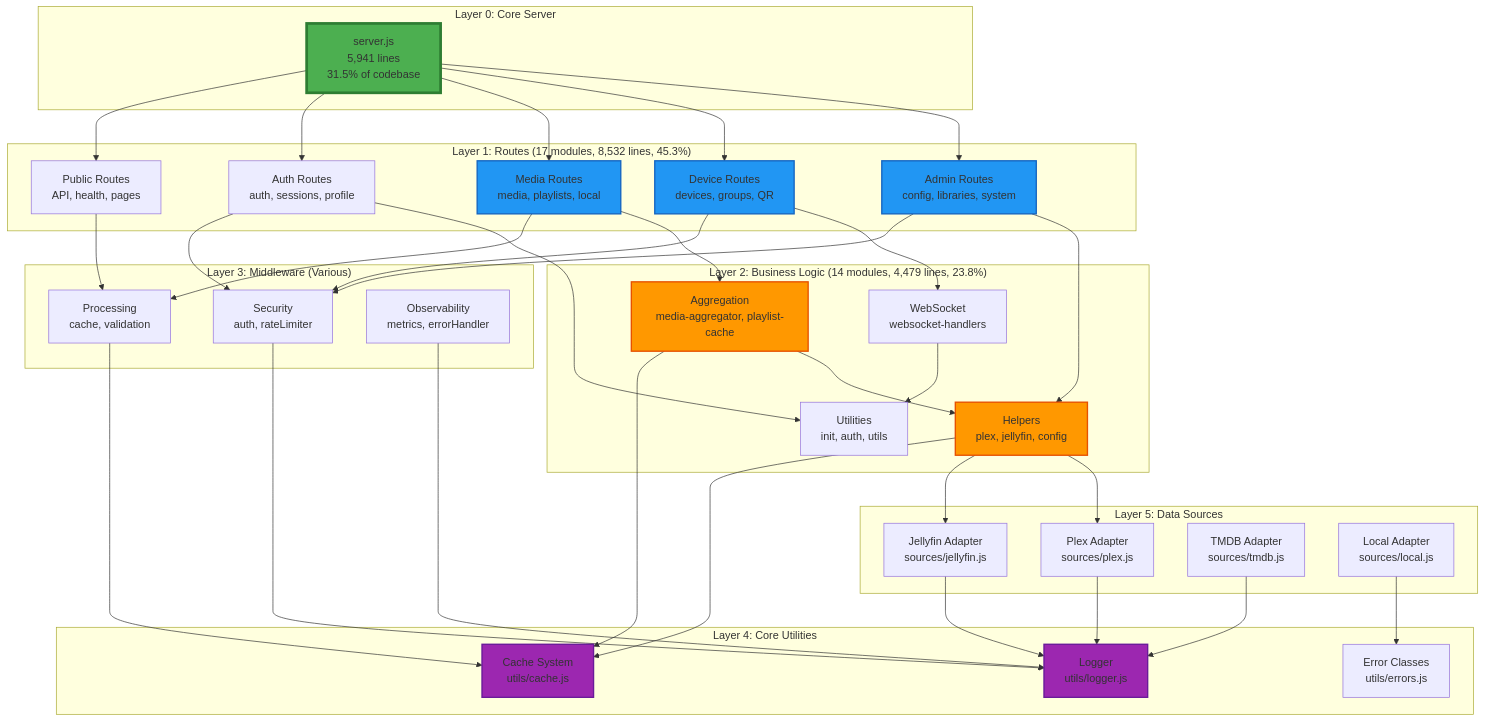
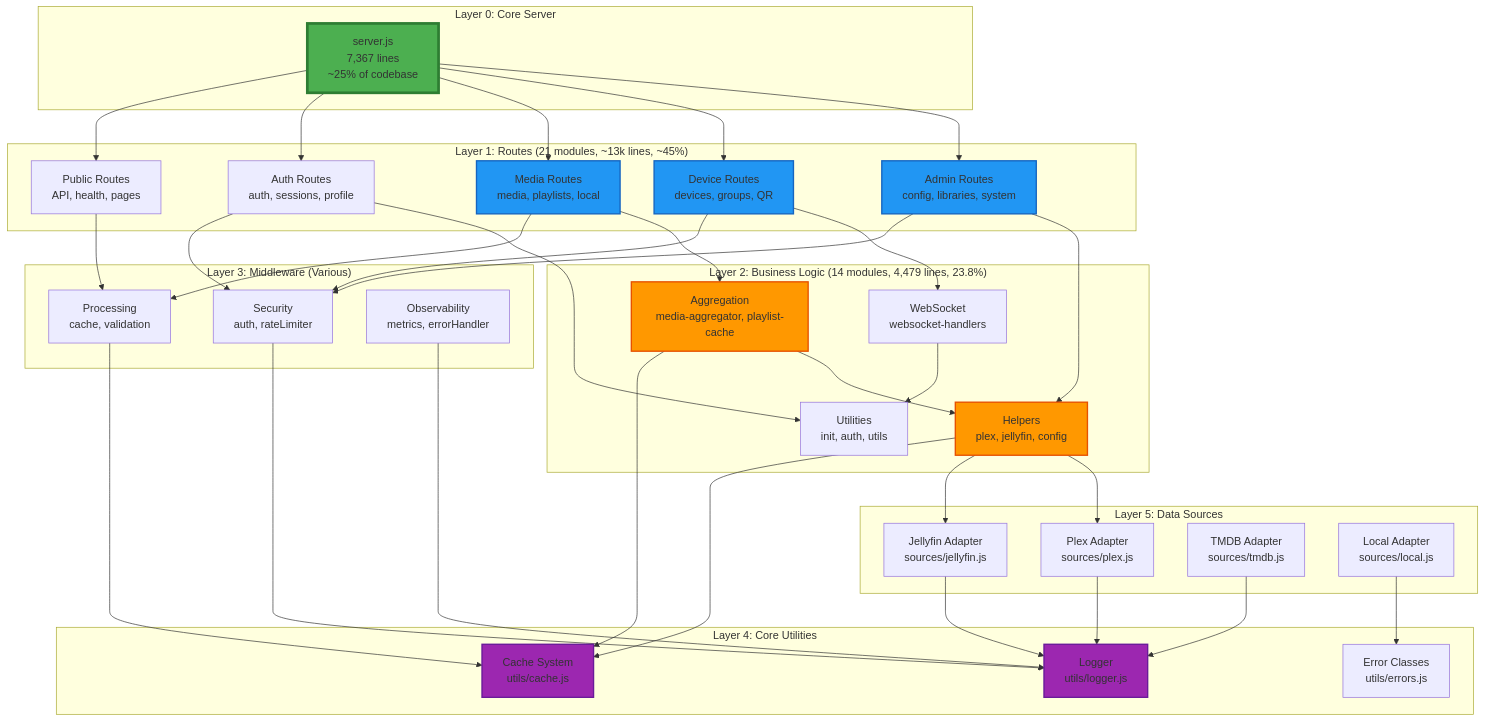
Before and after one commit to Posterrama/posterrama: the fifth of 11 diagrams in docs/ARCHITECTURE-DIAGRAMS.md, drawn with Mermaid. The commit also changed other lines of this file and 16 other files, not shown here.

````diff
--- a/docs/ARCHITECTURE-DIAGRAMS.md
+++ b/docs/ARCHITECTURE-DIAGRAMS.md
@@ -286,82 +286,82 @@
 ```mermaid
 graph TB
-    subgraph "Layer 0: Core Server"
-        L0[server.js<br/>5,941 lines<br/>31.5% of codebase]
-    end
+ subgraph "Layer 0: Core Server"
+ L0[server.js<br/>7,367 lines<br/>~25% of codebase]
+ end
 
-    subgraph "Layer 1: Routes (17 modules, 8,532 lines, 45.3%)"
-        L1A[Admin Routes<br/>config, libraries, system]
-        L1B[Device Routes<br/>devices, groups, QR]
-        L1C[Media Routes<br/>media, playlists, local]
-        L1D[Auth Routes<br/>auth, sessions, profile]
-        L1E[Public Routes<br/>API, health, pages]
-    end
+ subgraph "Layer 1: Routes (21 modules, ~13k lines, ~45%)"
+ L1A[Admin Routes<br/>config, libraries, system]
+ L1B[Device Routes<br/>devices, groups, QR]
+ L1C[Media Routes<br/>media, playlists, local]
+ L1D[Auth Routes<br/>auth, sessions, profile]
+ L1E[Public Routes<br/>API, health, pages]
+ end
 
-    subgraph "Layer 2: Business Logic (14 modules, 4,479 lines, 23.8%)"
-        L2A[Helpers<br/>plex, jellyfin, config]
-        L2B[Aggregation<br/>media-aggregator, playlist-cache]
-        L2C[WebSocket<br/>websocket-handlers]
-        L2D[Utilities<br/>init, auth, utils]
-    end
+ subgraph "Layer 2: Business Logic (14 modules, 4,479 lines, 23.8%)"
+ L2A[Helpers<br/>plex, jellyfin, config]
+ L2B[Aggregation<br/>media-aggregator, playlist-cache]
+ L2C[WebSocket<br/>websocket-handlers]
+ L2D[Utilities<br/>init, auth, utils]
+ end
 
-    subgraph "Layer 3: Middleware (Various)"
-        L3A[Security<br/>auth, rateLimiter]
-        L3B[Processing<br/>cache, validation]
-        L3C[Observability<br/>metrics, errorHandler]
-    end
+ subgraph "Layer 3: Middleware (Various)"
+ L3A[Security<br/>auth, rateLimiter]
+ L3B[Processing<br/>cache, validation]
+ L3C[Observability<br/>metrics, errorHandler]
+ end
 
-    subgraph "Layer 4: Core Utilities"
-        L4A[Cache System<br/>utils/cache.js]
-        L4B[Logger<br/>utils/logger.js]
-        L4C[Error Classes<br/>utils/errors.js]
-    end
+ subgraph "Layer 4: Core Utilities"
+ L4A[Cache System<br/>utils/cache.js]
+ L4B[Logger<br/>utils/logger.js]
+ L4C[Error Classes<br/>utils/errors.js]
+ end
 
-    subgraph "Layer 5: Data Sources"
-        L5A[Plex Adapter<br/>sources/plex.js]
-        L5B[Jellyfin Adapter<br/>sources/jellyfin.js]
-        L5C[TMDB Adapter<br/>sources/tmdb.js]
-        L5D[Local Adapter<br/>sources/local.js]
-    end
+ subgraph "Layer 5: Data Sources"
+ L5A[Plex Adapter<br/>sources/plex.js]
+ L5B[Jellyfin Adapter<br/>sources/jellyfin.js]
+ L5C[TMDB Adapter<br/>sources/tmdb.js]
+ L5D[Local Adapter<br/>sources/local.js]
+ end
 
-    L0 --> L1A
-    L0 --> L1B
-    L0 --> L1C
-    L0 --> L1D
-    L0 --> L1E
+ L0 --> L1A
+ L0 --> L1B
+ L0 --> L1C
+ L0 --> L1D
+ L0 --> L1E
 
-    L1A --> L2A
-    L1B --> L2C
-    L1C --> L2B
-    L1D --> L2D
+ L1A --> L2A
+ L1B --> L2C
+ L1C --> L2B
+ L1D --> L2D
 
-    L2A --> L5A
-    L2A --> L5B
-    L2B --> L2A
-    L2C --> L2D
+ L2A --> L5A
+ L2A --> L5B
+ L2B --> L2A
+ L2C --> L2D
 
-    L1A --> L3A
-    L1B --> L3A
-    L1C --> L3B
-    L1D --> L3A
-    L1E --> L3B
+ L1A --> L3A
+ L1B --> L3A
+ L1C --> L3B
+ L1D --> L3A
+ L1E --> L3B
 
-    L3A --> L4B
-    L3B --> L4A
-    L3C --> L4B
+ L3A --> L4B
+ L3B --> L4A
+ L3C --> L4B
 
-    L2A --> L4A
-    L2B --> L4A
-    L5A --> L4B
-    L5B --> L4B
-    L5C --> L4B
-    L5D --> L4C
+ L2A --> L4A
+ L2B --> L4A
+ L5A --> L4B
+ L5B --> L4B
+ L5C --> L4B
+ L5D --> L4C
 
-    style L0 fill:#4CAF50,stroke:#2E7D32,stroke-width:4px
-    style L1A fill:#2196F3,stroke:#1565C0,stroke-width:2px
-    style L1B fill:#2196F3,stroke:#1565C0,stroke-width:2px
-    style L1C fill:#2196F3,stroke:#1565C0,stroke-width:2px
-    style L2A fill:#FF9800,stroke:#E65100,stroke-width:2px
-    style L2B fill:#FF9800,stroke:#E65100,stroke-width:2px
-    style L4A fill:#9C27B0,stroke:#6A1B9A,stroke-width:2px
-    style L4B fill:#9C27B0,stroke:#6A1B9A,stroke-width:2px
+ style L0 fill:#4CAF50,stroke:#2E7D32,stroke-width:4px
+ style L1A fill:#2196F3,stroke:#1565C0,stroke-width:2px
+ style L1B fill:#2196F3,stroke:#1565C0,stroke-width:2px
+ style L1C fill:#2196F3,stroke:#1565C0,stroke-width:2px
+ style L2A fill:#FF9800,stroke:#E65100,stroke-width:2px
+ style L2B fill:#FF9800,stroke:#E65100,stroke-width:2px
+ style L4A fill:#9C27B0,stroke:#6A1B9A,stroke-width:2px
+ style L4B fill:#9C27B0,stroke:#6A1B9A,stroke-width:2px
 ```
````
